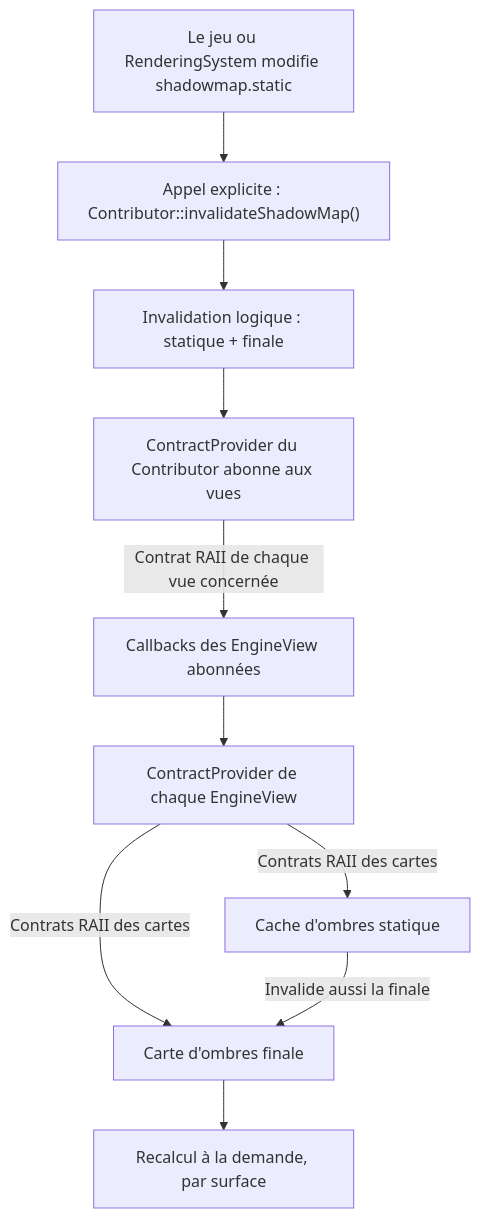
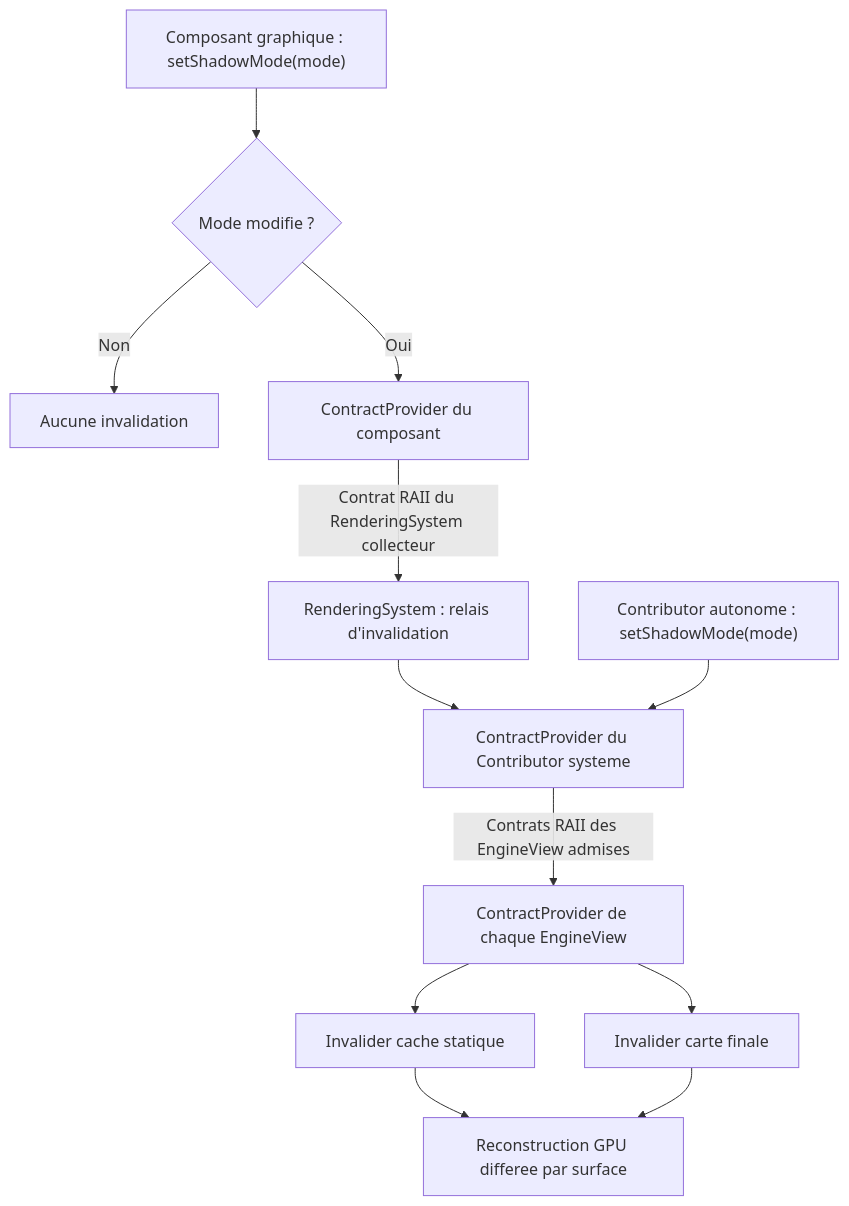
One commit to EreliaStudio/Sparkle changed diagram 11 of 12 in docs/voxel-engine-v0.1.4-specification.md. Above: the diagram before and after it, drawn with Mermaid. The commit also changed other lines of this file, not shown here.

Commit message:
docs(v0.1.4): restore ShadowMode with automatic setter invalidation; keep child propagation open

````diff
--- a/docs/voxel-engine-v0.1.4-specification.md
+++ b/docs/voxel-engine-v0.1.4-specification.md
@@ -1008,12 +1013,14 @@
 ```mermaid
 flowchart TD
-  Tag["Le jeu ou RenderingSystem modifie shadowmap.static"] --> Call["Appel explicite : Contributor::invalidateShadowMap()"]
-  Call --> Full["Invalidation logique : statique + finale"]
-  Full --> CP["ContractProvider du Contributor abonne aux vues"]
-  CP -->|"Contrat RAII de chaque vue concernée"| V["Callbacks des EngineView abonnées"]
-  V --> VP["ContractProvider de chaque EngineView"]
-  VP -->|"Contrats RAII des cartes"| SM["Cache d'ombres statique"]
-  VP -->|"Contrats RAII des cartes"| FM["Carte d'ombres finale"]
-  SM -->|"Invalide aussi la finale"| FM
-  FM --> GPU["Recalcul à la demande, par surface"]
+  Setter["Composant graphique : setShadowMode(mode)"] --> Change{"Mode modifie ?"}
+  Change -->|"Non"| Stop["Aucune invalidation"]
+  Change -->|"Oui"| CC["ContractProvider du composant"]
+  CC -->|"Contrat RAII du RenderingSystem collecteur"| Sys["RenderingSystem : relais d'invalidation"]
+  Sys --> SC["ContractProvider du Contributor systeme"]
+  Direct["Contributor autonome : setShadowMode(mode)"] --> SC
+  SC -->|"Contrats RAII des EngineView admises"| View["ContractProvider de chaque EngineView"]
+  View --> Static["Invalider cache statique"]
+  View --> Final["Invalider carte finale"]
+  Static --> GPU["Reconstruction GPU differee par surface"]
+  Final --> GPU
 ```
````
